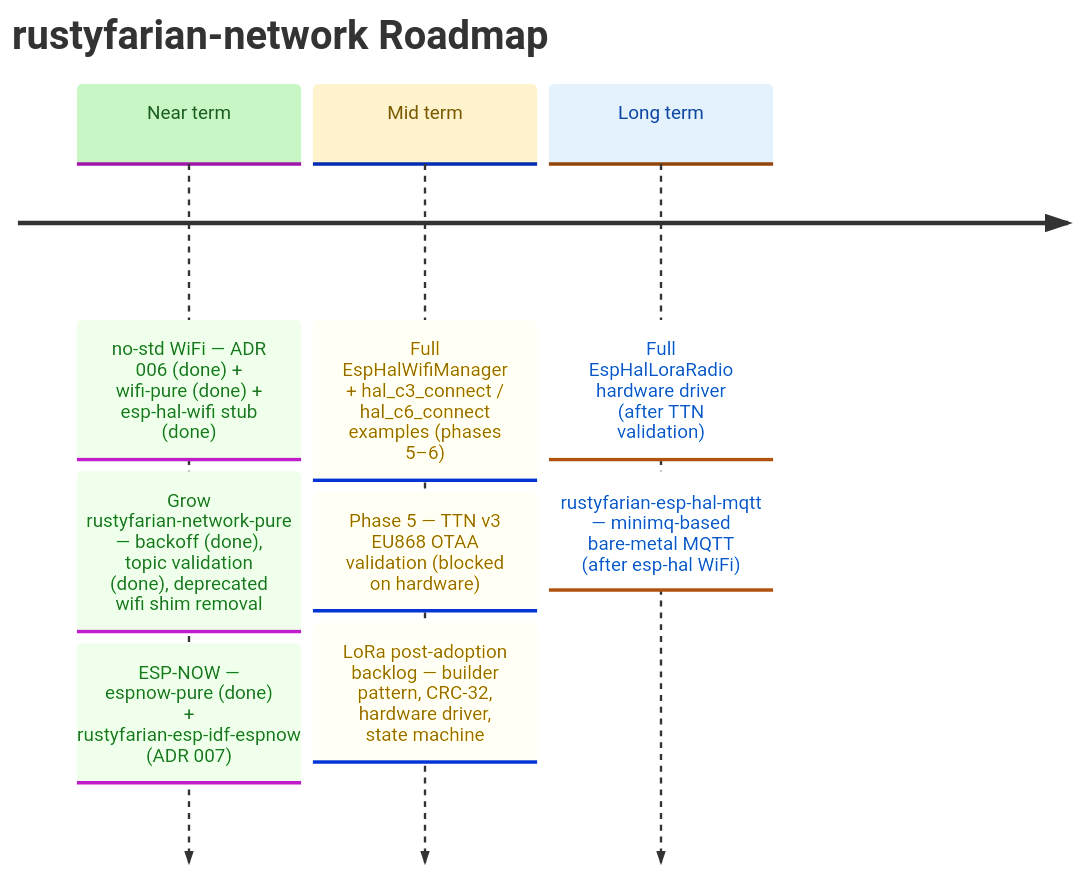
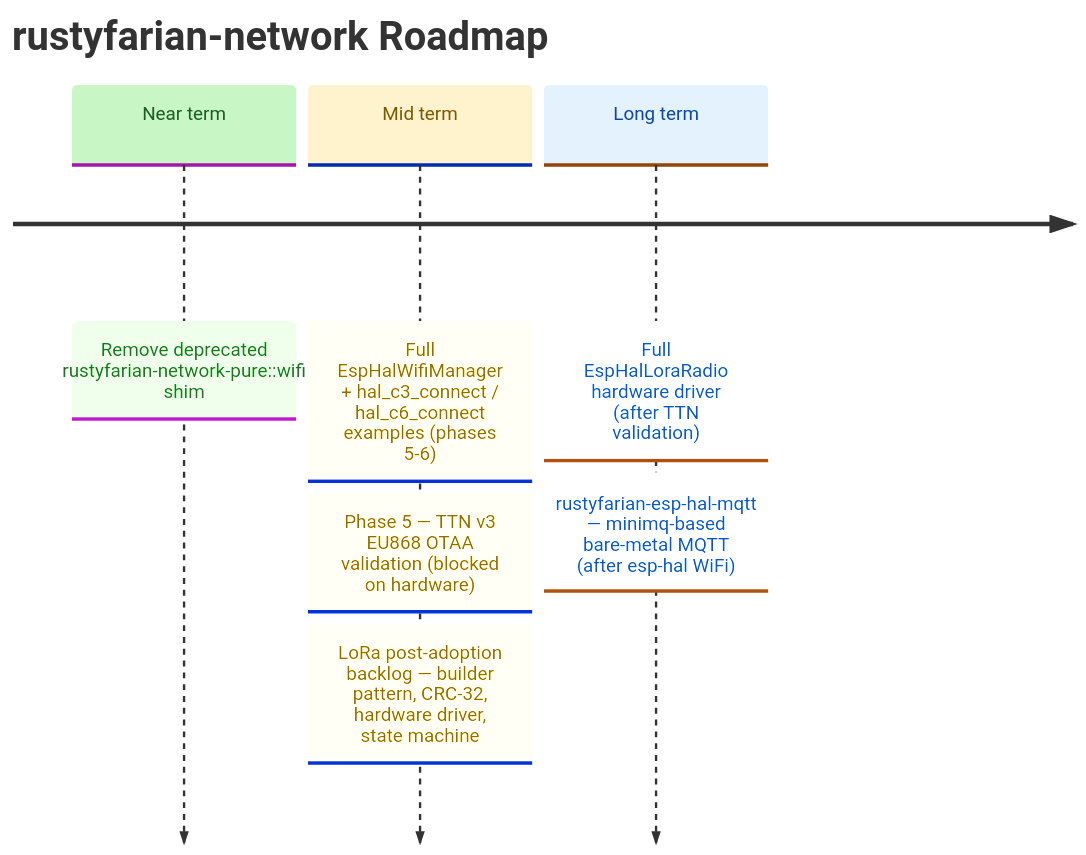
One commit to datenkollektiv/rustyfarian-network changed the diagram in docs/ROADMAP.md. Above: the diagram before and after it, drawn with Mermaid. The commit also changed other lines of this file and 1 other file, not shown here.

Commit message:
Update CHANGELOG and ROADMAP to reflect recent crate additions and near-term focus shift

````diff
--- a/docs/ROADMAP.md
+++ b/docs/ROADMAP.md
@@ -10,27 +9,25 @@
 ```mermaid
 %%{init: {
   "theme": "base",
   "themeVariables": {
     "cScale0": "#c8f7c5",
     "cScaleLabel0": "#1b5e20",
     "cScale1": "#fff3cd",
     "cScaleLabel1": "#7a5a00",
     "cScale2": "#e3f2fd",
     "cScaleLabel2": "#0d47a1"
   }
 }}%%
 
 timeline
     title rustyfarian-network Roadmap
 
-    Near term : no-std WiFi — ADR 006 (done) + wifi-pure (done) + esp-hal-wifi stub (done)
-              : Grow rustyfarian-network-pure — backoff (done), topic validation (done), deprecated wifi shim removal
-              : ESP-NOW — espnow-pure (done) + rustyfarian-esp-idf-espnow (ADR 007)
+    Near term : Remove deprecated rustyfarian-network-pure::wifi shim
 
-    Mid term  : Full EspHalWifiManager + hal_c3_connect / hal_c6_connect examples (phases 5–6)
+    Mid term  : Full EspHalWifiManager + hal_c3_connect / hal_c6_connect examples (phases 5-6)
               : Phase 5 — TTN v3 EU868 OTAA validation (blocked on hardware)
               : LoRa post-adoption backlog — builder pattern, CRC-32, hardware driver, state machine
 
     Long term : Full EspHalLoraRadio hardware driver (after TTN validation)
               : rustyfarian-esp-hal-mqtt — minimq-based bare-metal MQTT (after esp-hal WiFi)
 ```
````
